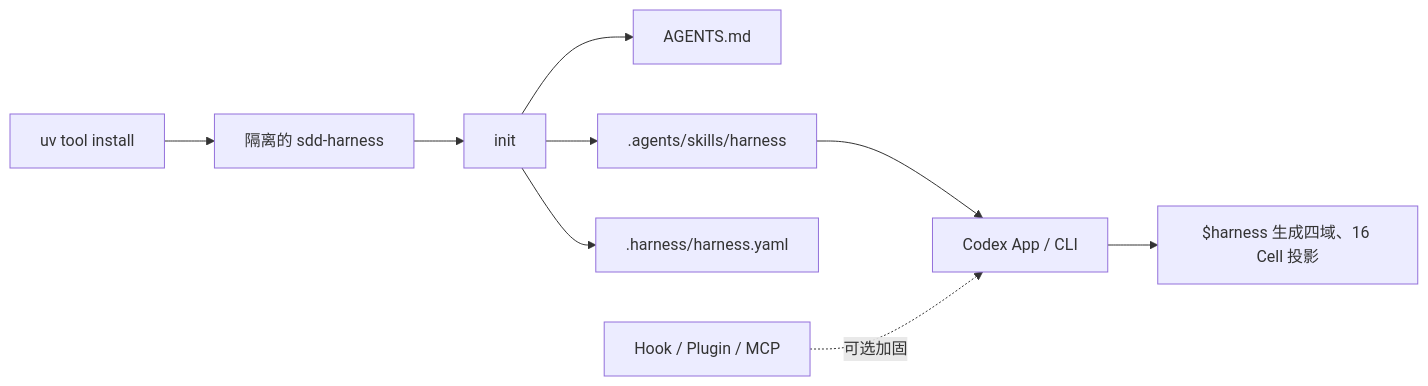
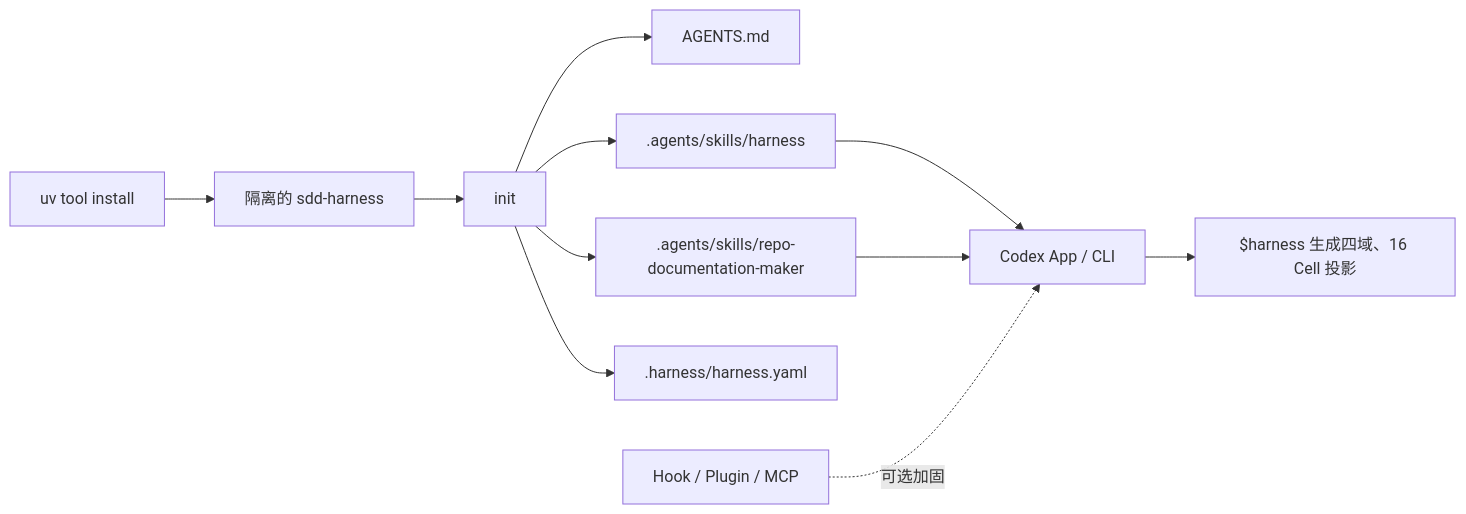
One commit to bigsmartben/harness-scaffold changed the diagram in README.md. Above: the diagram before and after it, drawn with Mermaid. The commit also changed other lines of this file and 36 other files, not shown here.

First line of the commit message:
feat: add repository documentation maker skill (#31)

````diff
--- a/README.md
+++ b/README.md
@@ -29,11 +30,13 @@
 ```mermaid
 flowchart LR
     A["uv tool install"] --> B["隔离的 sdd-harness"]
     B --> C["init"]
     C --> D["AGENTS.md"]
     C --> E[".agents/skills/harness"]
+    C --> J[".agents/skills/repo-documentation-maker"]
     C --> F[".harness/harness.yaml"]
     E --> H["Codex App / CLI"]
+    J --> H
     H --> G["$harness 生成四域、16 Cell 投影"]
     I["Hook / Plugin / MCP"] -. "可选加固" .-> H
 ```
````
